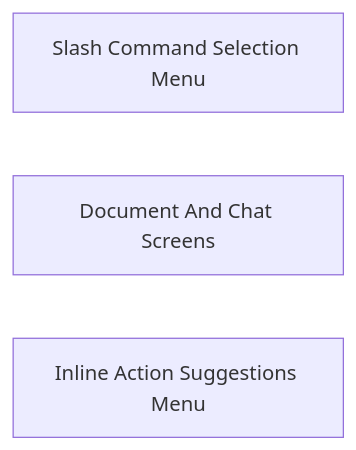
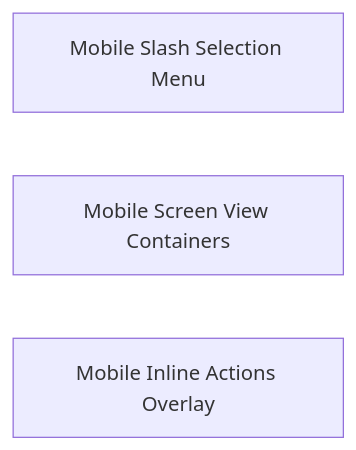
The diagram in .codeboarding/Mobile_Editor_and_Chat.md (CodeBoarding/AppFlowy), drawn with Mermaid before and after one commit. The commit also changed other lines of this file and 44 other files, not shown here.

First line of the commit message:
docs: regenerate Dart-only AppFlowy architecture with CodeBoarding#618 head 1caf6c32

````diff
--- a/.codeboarding/Mobile_Editor_and_Chat.md
+++ b/.codeboarding/Mobile_Editor_and_Chat.md
@@ -1,6 +1,6 @@
 ```mermaid
 graph LR
-    Slash_Command_Selection_Menu["Slash Command Selection Menu"]
-    Document_And_Chat_Screens["Document And Chat Screens"]
-    Inline_Action_Suggestions_Menu["Inline Action Suggestions Menu"]
+    Mobile_Slash_Selection_Menu["Mobile Slash Selection Menu"]
+    Mobile_Screen_View_Containers["Mobile Screen View Containers"]
+    Mobile_Inline_Actions_Overlay["Mobile Inline Actions Overlay"]
 ```
````
